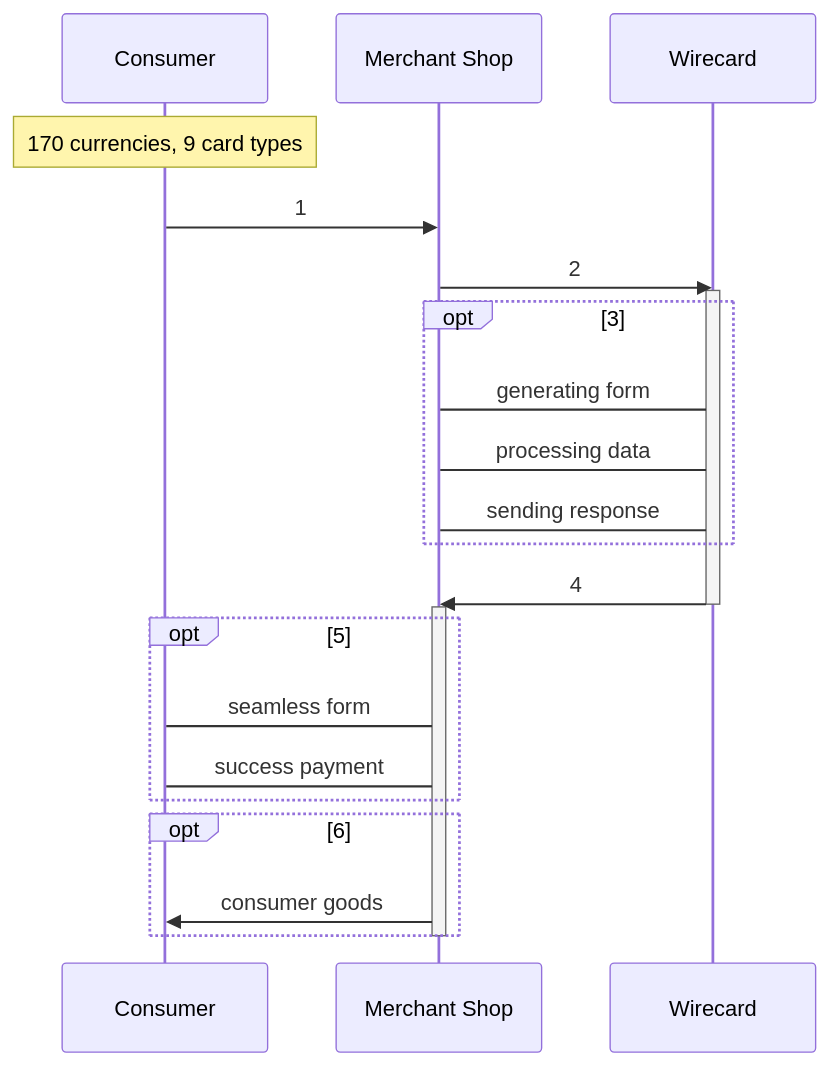
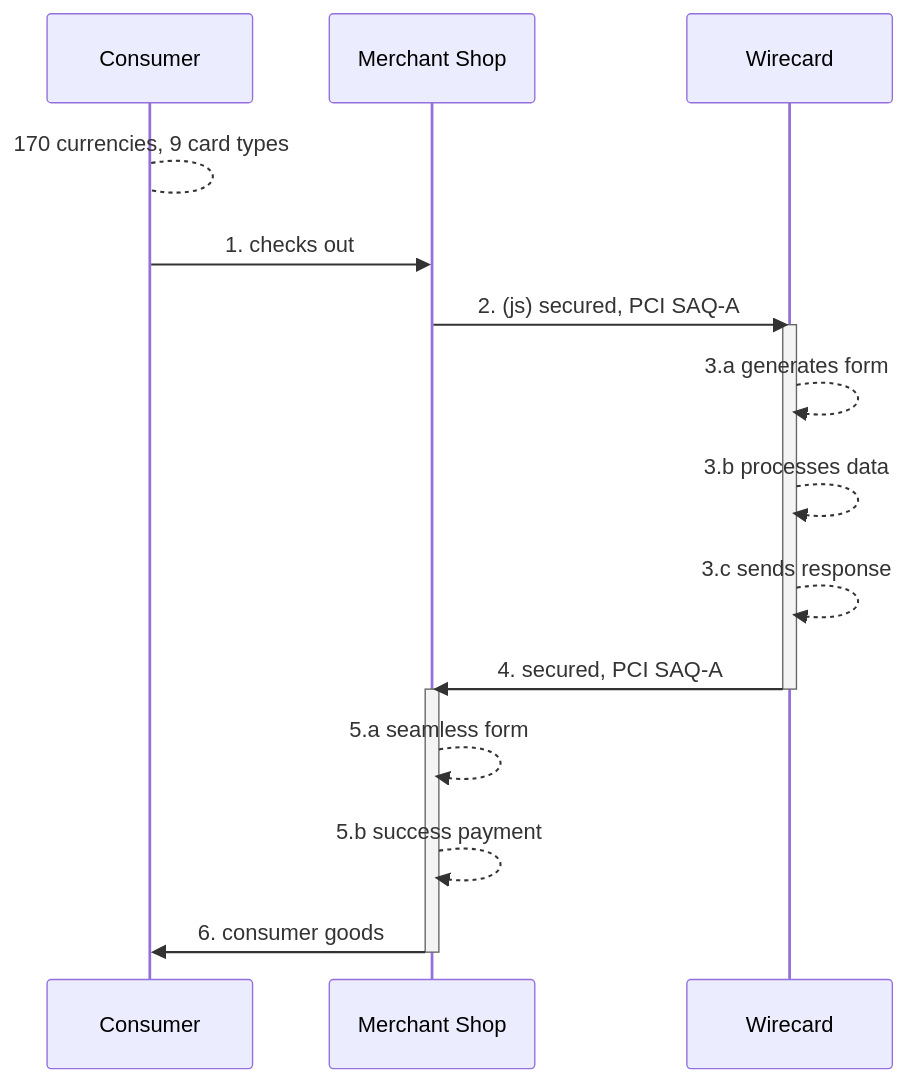
One commit to wirecard/merchant-documentation-gateway changed the diagram in 03-02-03-01-workflow-of-seamless.adoc. Above: the diagram before and after it, drawn with Mermaid.

Commit message:
Update Mermaid Diagrams

```diff
--- a/03-02-03-01-workflow-of-seamless.adoc
+++ b/03-02-03-01-workflow-of-seamless.adoc
@@ -14,28 +14,21 @@
 [mermaid,Seamless_Workflow,svg,subs=attributes+]
 ----
 sequenceDiagram
     participant A as Consumer
     participant B as Merchant Shop
     participant C as Wirecard
-            Note over A: 170 currencies, 9 card types
-            %%Delete note?!
-        A ->> B: 1
-        B ->> C: 2
+        A --> A: 170 currencies, 9 card types
+        A ->> B: 1. checks out
+        B ->> C: 2. (js) secured, PCI SAQ-A
         activate C
-            opt 3
-                B -> C: generating form
-                B -> C: processing data
-                B -> C: sending response
-            end
-        C ->> B: 4
+                C -->> C: 3.a generates form
+                C -->> C: 3.b processes data
+                C -->> C: 3.c sends response
+        C ->> B: 4. secured, PCI SAQ-A
         deactivate C
         activate B
-            opt 5
-            	B -> A: seamless form
-            	B -> A: success payment
-            end
-            opt 6
-                B ->> A: consumer goods
-            end
+            	B -->> B: 5.a seamless form
+            	B -->> B: 5.b success payment
+        B ->> A: 6. consumer goods
         deactivate B
 ----
```
